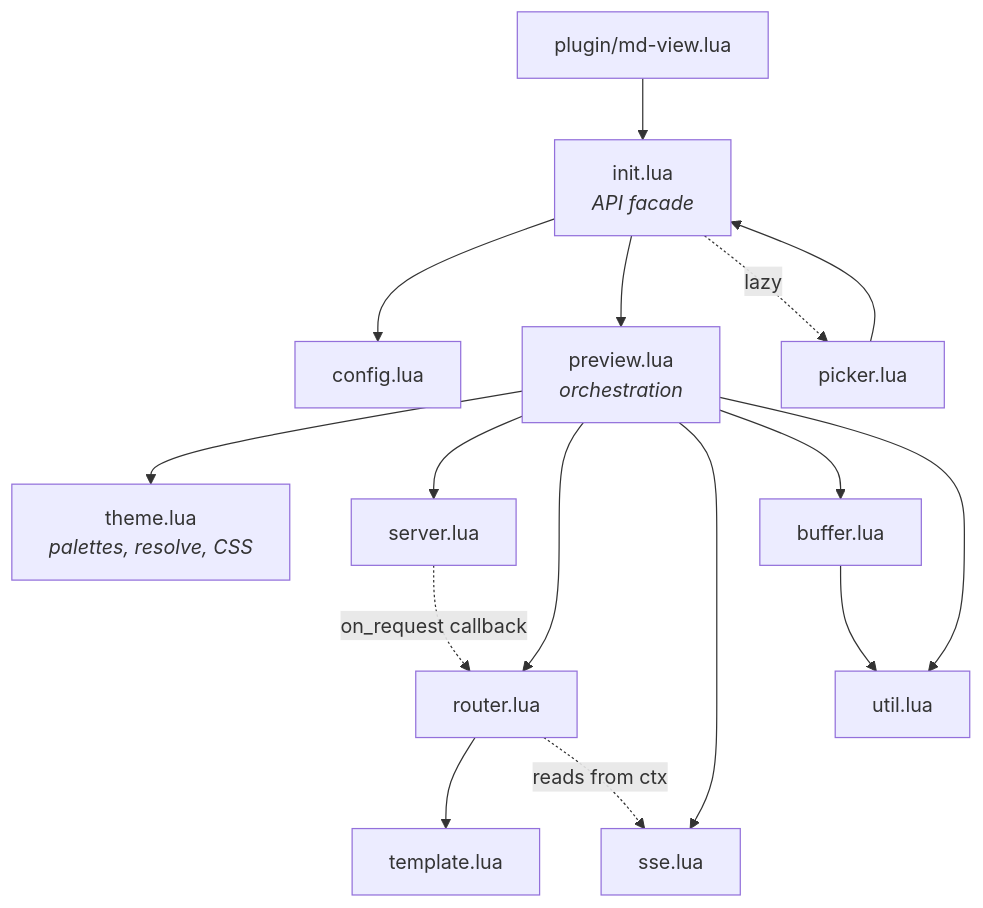
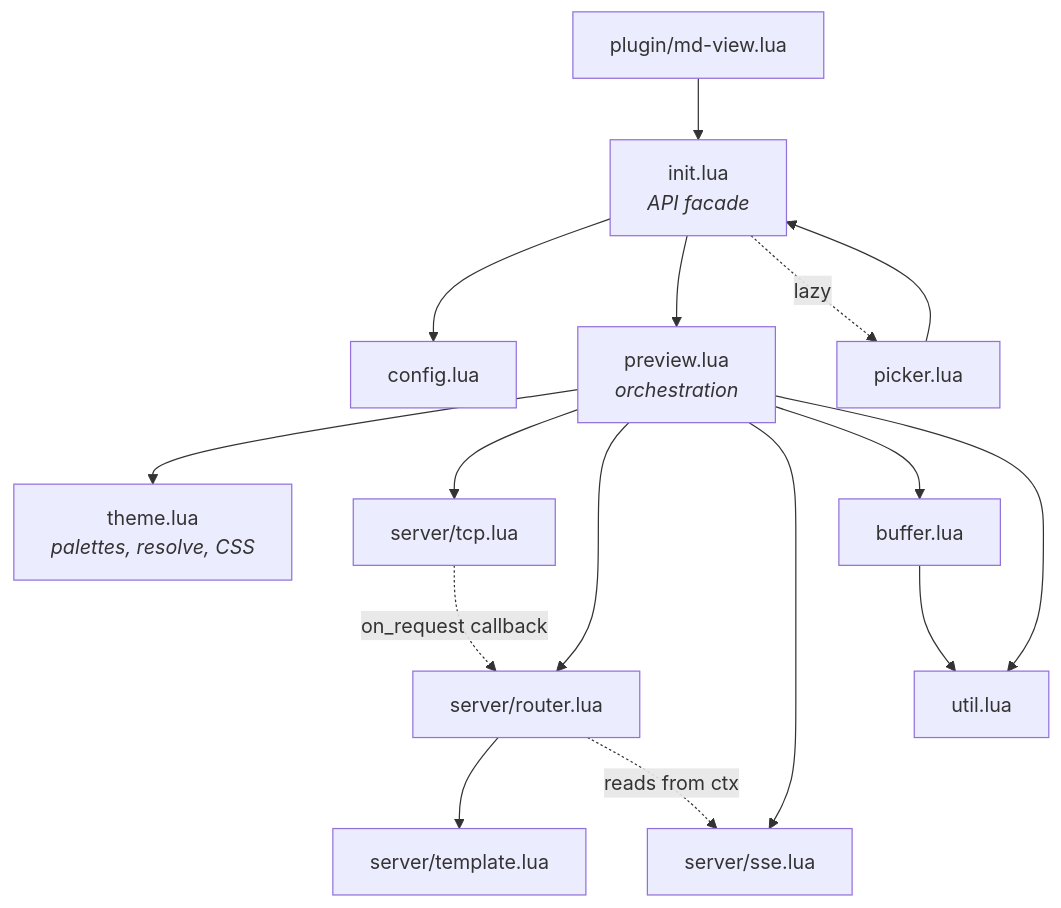
One commit to kcayme/md-view.nvim changed the first of 9 diagrams in docs/ARCHITECTURE.md. Above: the diagram before and after it, drawn with Mermaid. The commit also changed other lines of this file and 17 other files, not shown here.

````diff
--- a/docs/ARCHITECTURE.md
+++ b/docs/ARCHITECTURE.md
@@ -31,34 +32,34 @@
 ```mermaid
 graph TD
     plugin["plugin/md-view.lua"]
     init["init.lua<br/><i>API facade</i>"]
     config["config.lua"]
     preview["preview.lua<br/><i>orchestration</i>"]
     theme["theme.lua<br/><i>palettes, resolve, CSS</i>"]
-    server["server.lua"]
-    router["router.lua"]
-    template["template.lua"]
-    sse["sse.lua"]
+    server["server/tcp.lua"]
+    router["server/router.lua"]
+    template["server/template.lua"]
+    sse["server/sse.lua"]
     buffer["buffer.lua"]
     util["util.lua"]
     picker["picker.lua"]
 
     plugin --> init
     init --> config
     init --> preview
     init -.->|lazy| picker
     picker --> init
 
     preview --> theme
     preview --> server
     preview --> router
     preview --> sse
     preview --> buffer
     preview --> util
 
     server -.->|on_request callback| router
     router --> template
     router -.->|reads from ctx| sse
 
     buffer --> util
 ```
````
